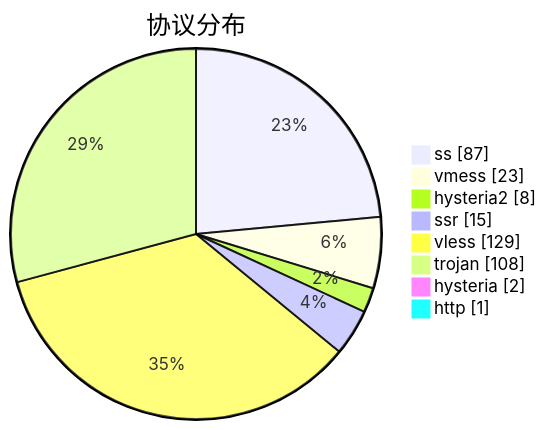
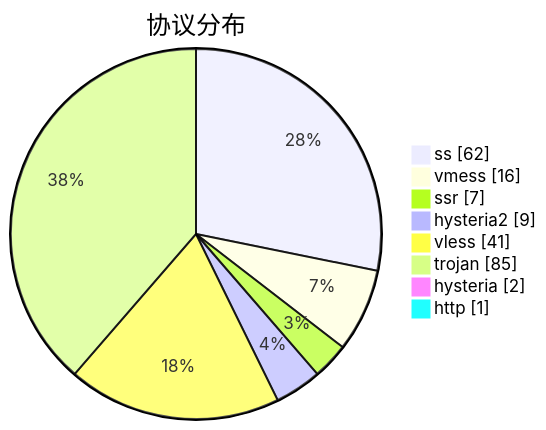
One commit to sinspired/airport changed the third of 3 diagrams in subs/statistics/tested_within.md. Above: the diagram before and after it, drawn with Mermaid. The commit also changed other lines of this file and 2 other files, not shown here.

````diff
--- a/subs/statistics/tested_within.md
+++ b/subs/statistics/tested_within.md
@@ -64,12 +46,12 @@
 ```mermaid
 pie showData
 title 协议分布
-"ss" : 87
-"vmess" : 23
-"hysteria2" : 8
-"ssr" : 15
-"vless" : 129
-"trojan" : 108
+"ss" : 62
+"vmess" : 16
+"ssr" : 7
+"hysteria2" : 9
+"vless" : 41
+"trojan" : 85
 "hysteria" : 2
 "http" : 1
 ```
````
